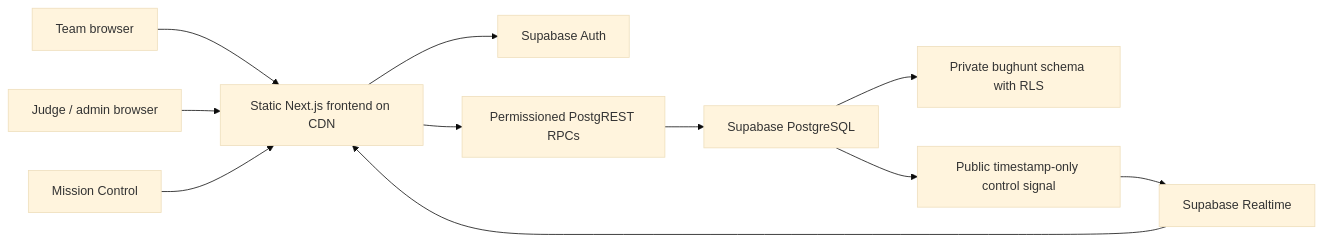
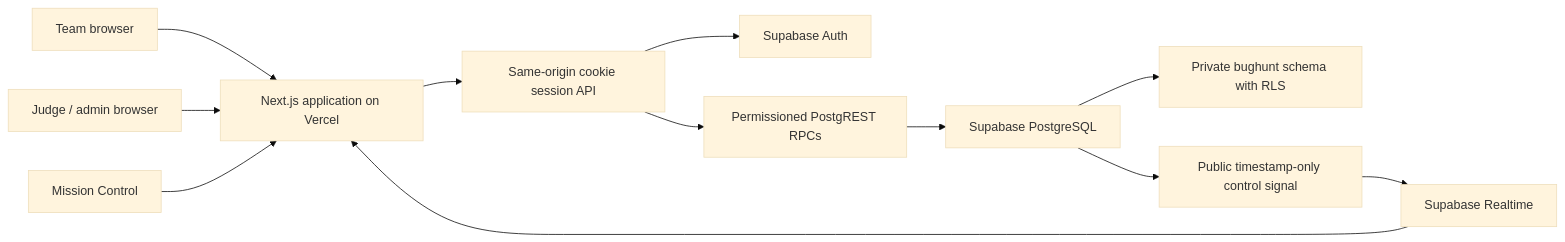
The diagram in docs/architecture.md (kashanakram1/Bug-Hunter), drawn with Mermaid (base theme) before and after one commit. The commit also changed other lines of this file and 42 other files, not shown here.

````diff
--- a/docs/architecture.md
+++ b/docs/architecture.md
@@ -3,13 +3,14 @@
 ```mermaid
 flowchart LR
-  Team[Team browser] --> CDN[Static Next.js frontend on CDN]
+  Team[Team browser] --> CDN[Next.js application on Vercel]
   Staff[Judge / admin browser] --> CDN
   Projector[Mission Control] --> CDN
-  CDN --> Auth[Supabase Auth]
-  CDN --> RPC[Permissioned PostgREST RPCs]
+  CDN --> API[Same-origin cookie session API]
+  API --> Auth[Supabase Auth]
+  API --> RPC[Permissioned PostgREST RPCs]
   RPC --> PG[Supabase PostgreSQL]
   PG --> Private[Private bughunt schema with RLS]
   PG --> Signal[Public timestamp-only control signal]
   Signal --> RT[Supabase Realtime]
   RT --> CDN
 ```
````
